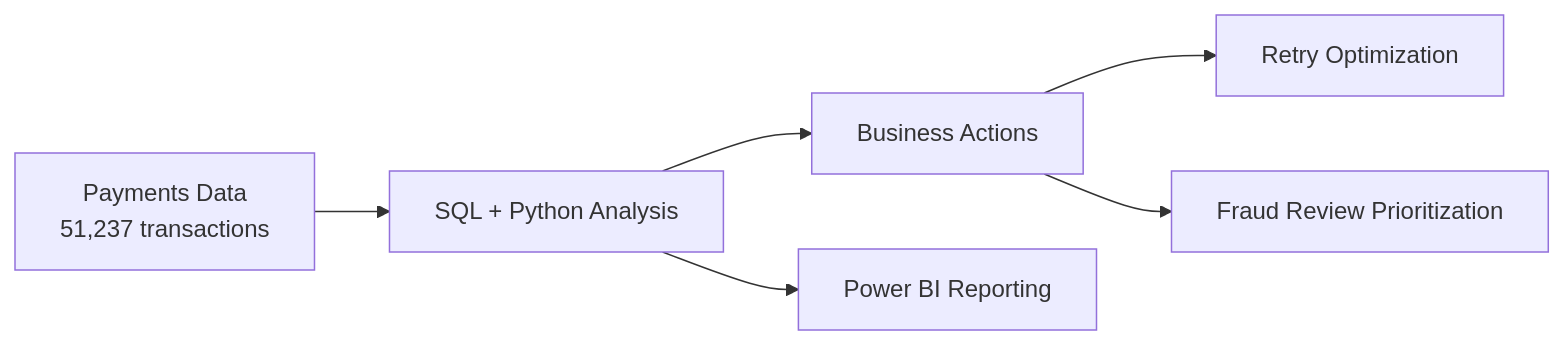
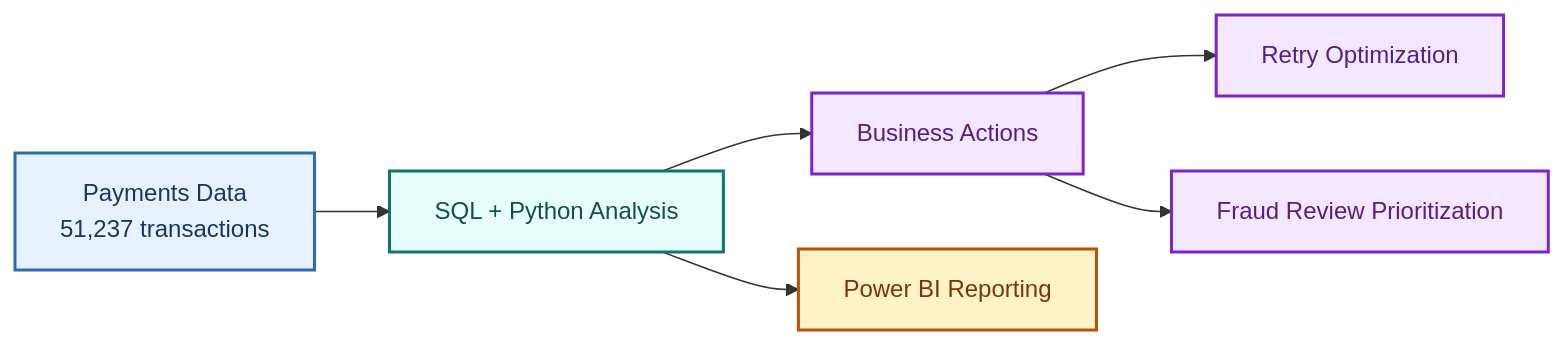
One commit to Udaylakkaraju/Payment-Fraud-Detection changed the first of 3 diagrams in README.md. Above: the diagram before and after it, drawn with Mermaid. The commit also changed other lines of this file and 4 other files, not shown here.

First line of the commit message:
Polish docs tone and visual architecture.

````diff
--- a/README.md
+++ b/README.md
@@ -22,8 +22,18 @@
 ```mermaid
 flowchart LR
     A[Payments Data<br/>51,237 transactions] --> B[SQL + Python Analysis]
     B --> C[Business Actions]
     B --> D[Power BI Reporting]
     C --> E[Retry Optimization]
     C --> F[Fraud Review Prioritization]
+
+    classDef data fill:#E8F1FF,stroke:#2B6CB0,stroke-width:2px,color:#1A365D;
+    classDef analytics fill:#E6FFFA,stroke:#0F766E,stroke-width:2px,color:#134E4A;
+    classDef reporting fill:#FEF3C7,stroke:#B45309,stroke-width:2px,color:#78350F;
+    classDef actions fill:#F3E8FF,stroke:#7E22CE,stroke-width:2px,color:#581C87;
+
+    class A data;
+    class B analytics;
+    class D reporting;
+    class C,E,F actions;
 ```
````
